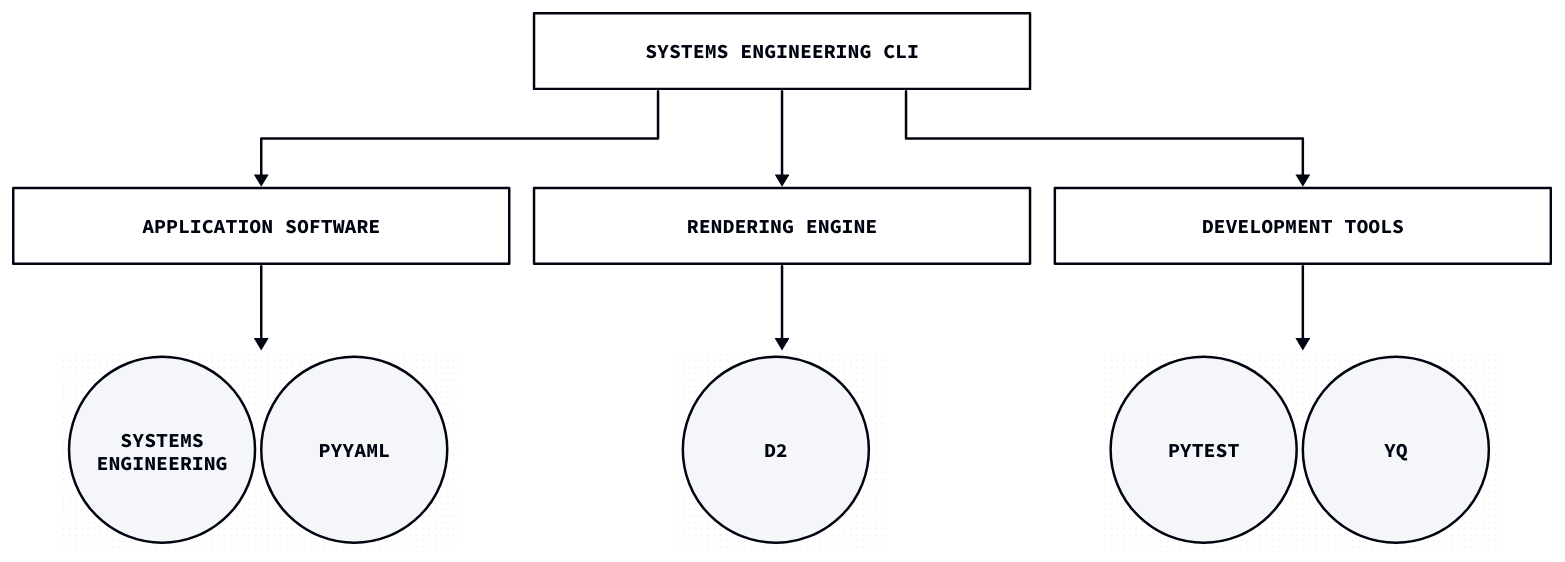
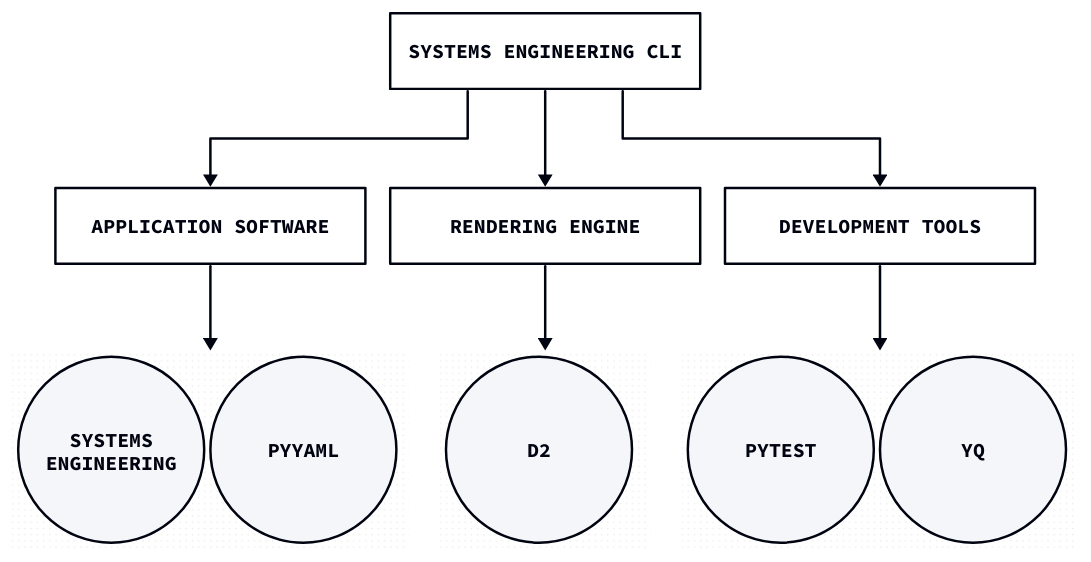
The diagram in design/product_breakdown.d2 (aidanns/systems-engineering), drawn with D2 before and after one commit. The commit also changed 10 other files, not shown here.

```diff
--- a/design/product_breakdown.d2
+++ b/design/product_breakdown.d2
@@ -1,74 +1,74 @@
 vars: {
   d2-config: {
     layout-engine: elk
     # Terminal theme code
     theme-id: 300
   }
 }
 
 direction: down
 
 root: Systems Engineering CLI
-root.width: 400
+root.width: 250
 
 p0: Application Software
-p0.width: 400
+p0.width: 250
 root -> p0
 p0_container: "" {
   grid-columns: 3
   grid-rows: 1
   grid-gap: 5
   style: {
     stroke-width: 0
     fill: transparent
   }
   p1: systems\nengineering
   p1.width: 150
   p1.height: 150
   p1.shape: circle
   p2: PyYAML
   p2.width: 150
   p2.height: 150
   p2.shape: circle
 }
 p0 -> p0_container
 
 p3: Rendering Engine
-p3.width: 400
+p3.width: 250
 root -> p3
 p3_container: "" {
   grid-columns: 3
   grid-rows: 1
   grid-gap: 5
   style: {
     stroke-width: 0
     fill: transparent
   }
   p4: d2
   p4.width: 150
   p4.height: 150
   p4.shape: circle
 }
 p3 -> p3_container
 
 p5: Development Tools
-p5.width: 400
+p5.width: 250
 root -> p5
 p5_container: "" {
   grid-columns: 3
   grid-rows: 1
   grid-gap: 5
   style: {
     stroke-width: 0
     fill: transparent
   }
   p6: pytest
   p6.width: 150
   p6.height: 150
   p6.shape: circle
   p7: yq
   p7.width: 150
   p7.height: 150
   p7.shape: circle
 }
 p5 -> p5_container
```
